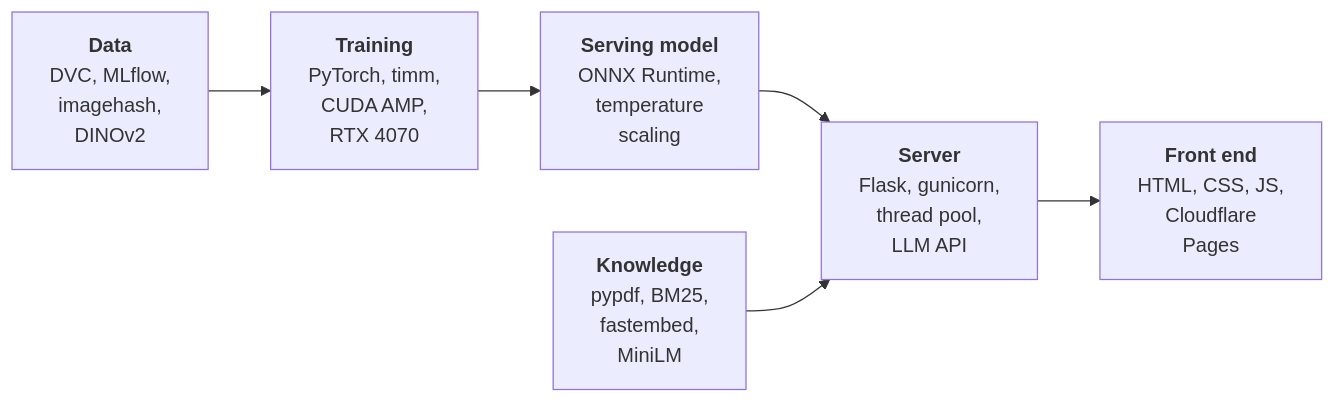
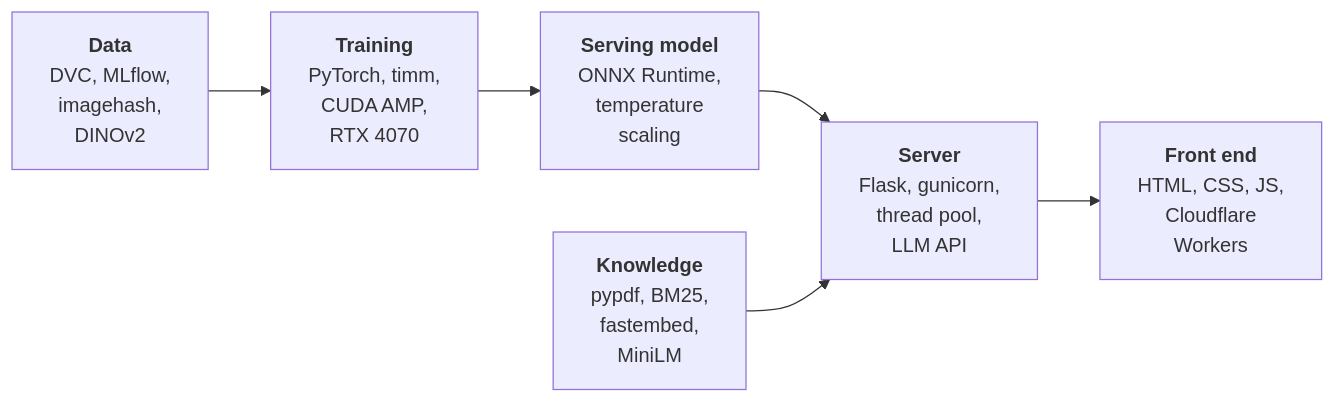
One commit to aakashksen/sprout changed the first of 10 diagrams in README.md. Above: the diagram before and after it, drawn with Mermaid. The commit also changed other lines of this file and 1 other file, not shown here.

Commit message:
README: link the site pages; hosting is Cloudflare Workers

````diff
--- a/README.md
+++ b/README.md
@@ -39,12 +39,12 @@
 ```mermaid
 flowchart LR
     L1["<b>Data</b><br/>DVC, MLflow,<br/>imagehash,<br/>DINOv2"]
     L2["<b>Training</b><br/>PyTorch, timm,<br/>CUDA AMP,<br/>RTX 4070"]
     L3["<b>Serving model</b><br/>ONNX Runtime,<br/>temperature<br/>scaling"]
     L4["<b>Knowledge</b><br/>pypdf, BM25,<br/>fastembed,<br/>MiniLM"]
     L5["<b>Server</b><br/>Flask, gunicorn,<br/>thread pool,<br/>LLM API"]
-    L6["<b>Front end</b><br/>HTML, CSS, JS,<br/>Cloudflare<br/>Pages"]
+    L6["<b>Front end</b><br/>HTML, CSS, JS,<br/>Cloudflare<br/>Workers"]
     L1 --> L2 --> L3 --> L5
     L4 --> L5
     L5 --> L6
 ```
````
